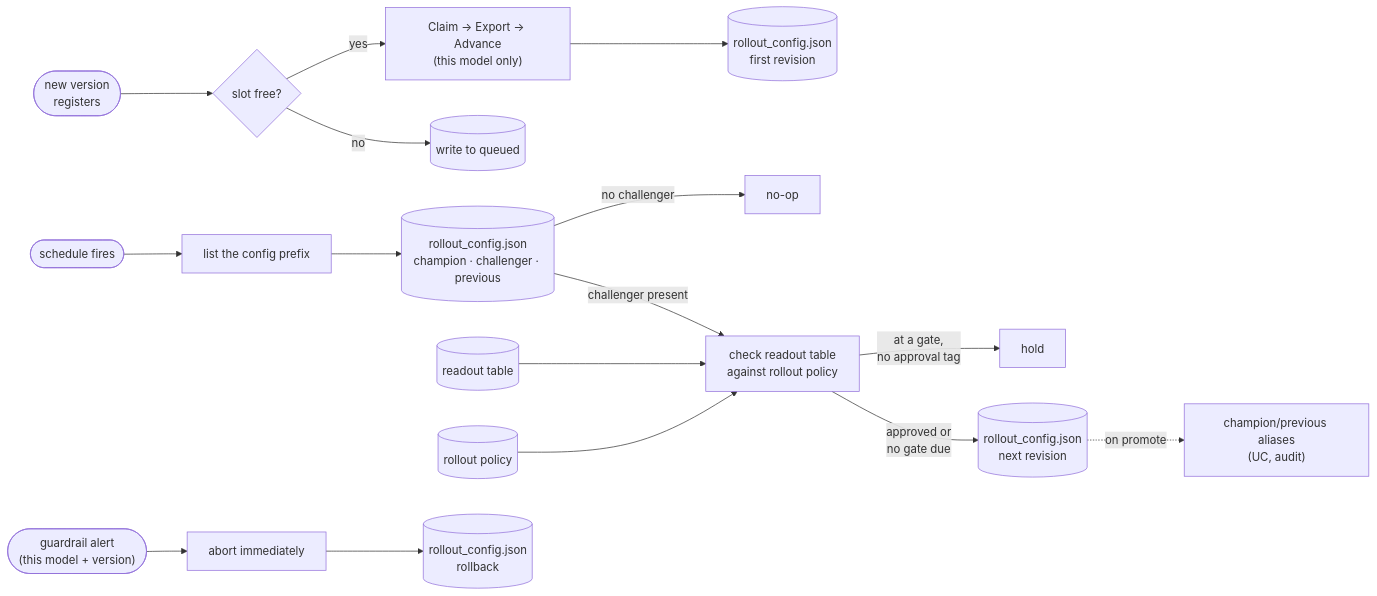
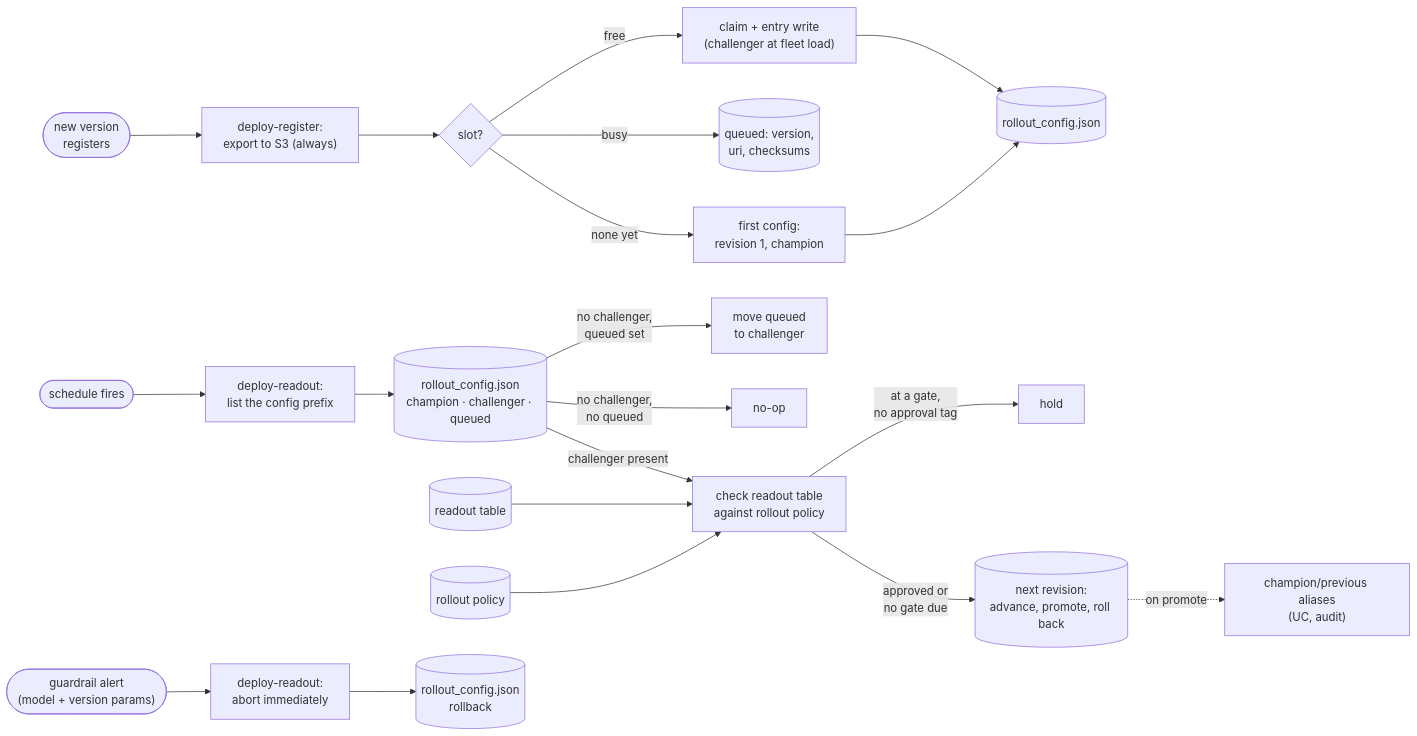
Before and after one commit to cunha-sigma/ml_offline: the diagram in design_docs/07_deployment_job.md, drawn with Mermaid. The commit also changed other lines of this file and 11 other files, not shown here.

````diff
--- a/design_docs/07_deployment_job.md
+++ b/design_docs/07_deployment_job.md
@@ -174,20 +146,24 @@
 ```mermaid
 flowchart LR
-  REG(["new version<br/>registers"]) --> SLOTCHECK{"slot free?"}
-  SLOTCHECK -- "yes" --> EEA["Claim → Export → Advance<br/>(this model only)"]
-  SLOTCHECK -- "no" --> ENQUEUE[("write to queued")]
-  EEA --> CFGW1[("rollout_config.json<br/>first revision")]
+  REG(["new version<br/>registers"]) --> EXP["deploy-register:<br/>export to S3 (always)"]
+  EXP --> SLOTCHECK{"slot?"}
+  SLOTCHECK -- "free" --> EEA["claim + entry write<br/>(challenger at fleet load)"]
+  SLOTCHECK -- "busy" --> ENQUEUE[("queued: version,<br/>uri, checksums")]
+  SLOTCHECK -- "none yet" --> FIRST["first config:<br/>revision 1, champion"]
+  EEA --> CFG[("rollout_config.json")]
+  FIRST --> CFG
 
-  SCHED(["schedule fires"]) --> LIST["list the config prefix"]
-  LIST --> CFG[("rollout_config.json<br/>champion · challenger · previous")]
-  CFG -- "no challenger" --> NOOP["no-op"]
-  CFG -- "challenger present" --> DECIDE["check readout table<br/>against rollout policy"]
+  SCHED(["schedule fires"]) --> PASS["deploy-readout:<br/>list the config prefix"]
+  PASS --> CFG2[("rollout_config.json<br/>champion · challenger · queued")]
+  CFG2 -- "no challenger,<br/>queued set" --> MOVE["move queued<br/>to challenger"]
+  CFG2 -- "no challenger,<br/>no queued" --> NOOP["no-op"]
+  CFG2 -- "challenger present" --> DECIDE["check readout table<br/>against rollout policy"]
   RT[("readout table")] --> DECIDE
   POL[("rollout policy")] --> DECIDE
   DECIDE -- "at a gate,<br/>no approval tag" --> HOLD["hold"]
-  DECIDE -- "approved or<br/>no gate due" --> CFGW2[("rollout_config.json<br/>next revision")]
+  DECIDE -- "approved or<br/>no gate due" --> CFGW2[("next revision:<br/>advance, promote, roll back")]
   CFGW2 -. "on promote" .-> ALIAS["champion/previous aliases<br/>(UC, audit)"]
 
-  ALERT(["guardrail alert<br/>(this model + version)"]) --> ABORT["abort immediately"]
+  ALERT(["guardrail alert<br/>(model + version params)"]) --> ABORT["deploy-readout:<br/>abort immediately"]
   ABORT --> CFGW3[("rollout_config.json<br/>rollback")]
 ```
````
